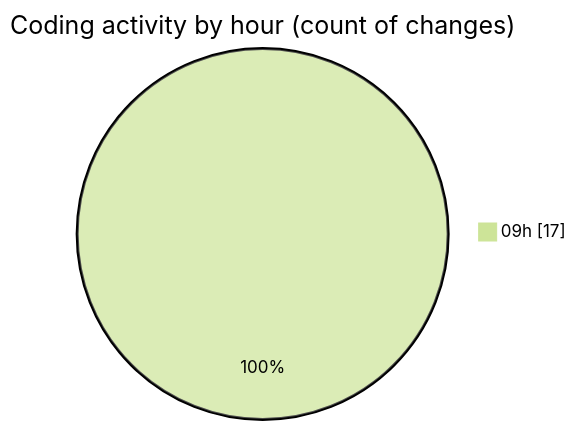
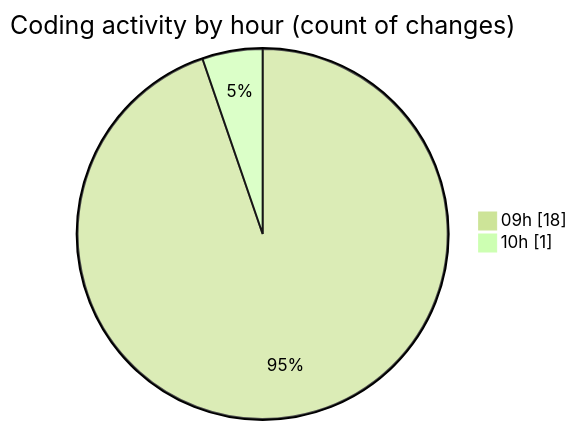
The second of 2 diagrams in 2025-09-16/cda/README.md (momahboobian/code-tracking), drawn with Mermaid (forest theme) before and after one commit. The commit also changed other lines of this file and 1 other file, not shown here.

````diff
--- a/2025-09-16/cda/README.md
+++ b/2025-09-16/cda/README.md
@@ -29,5 +29,6 @@
 ```mermaid
 pie showData
 title Coding activity by hour (count of changes)
-"09h" : 17
+"09h" : 18
+"10h" : 1
 ```
````
